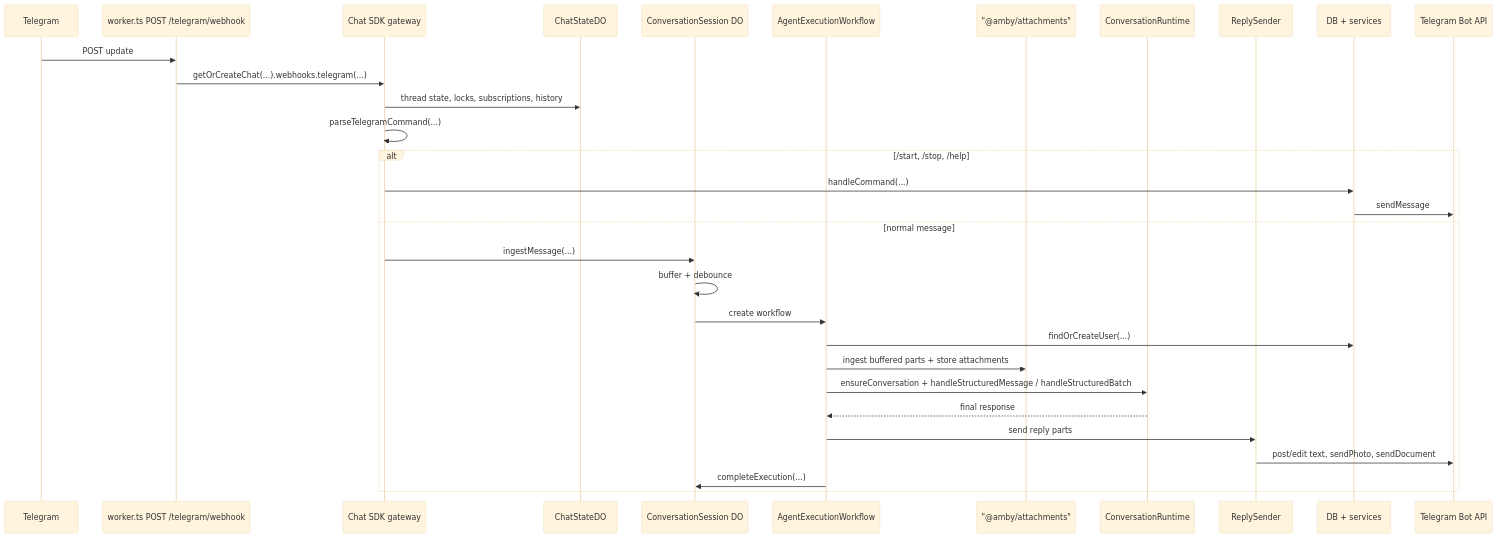
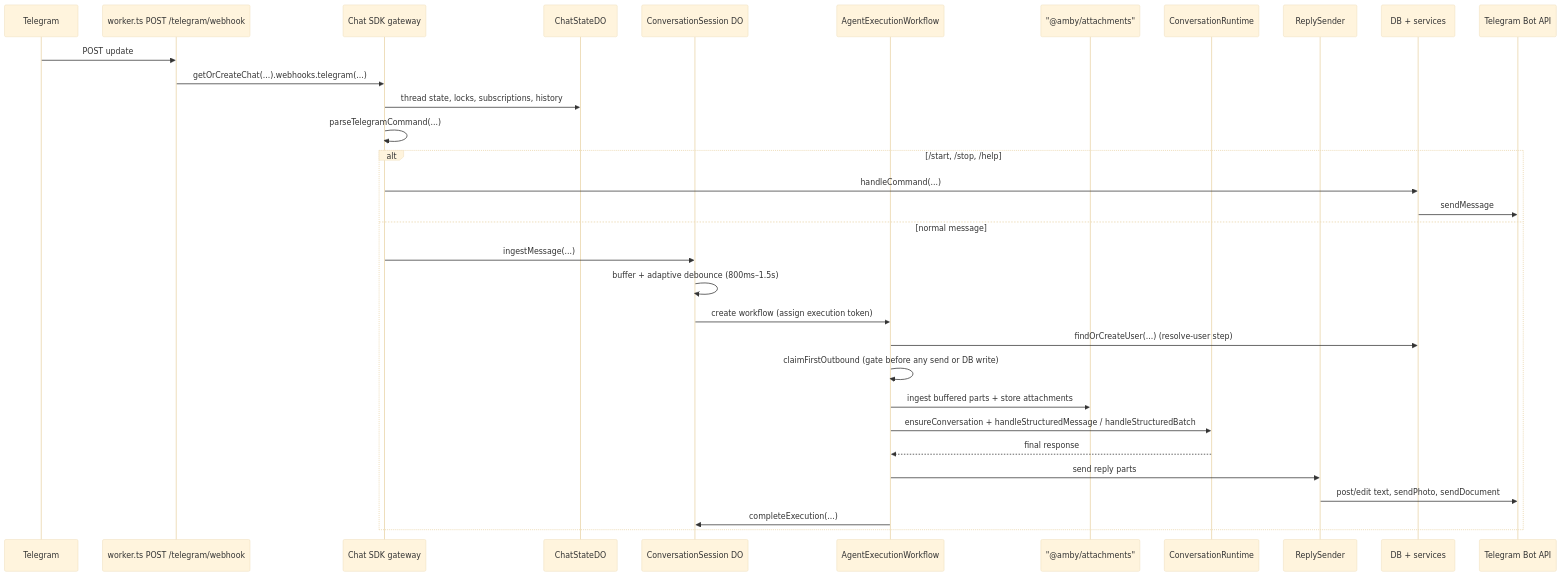
One commit to punitarani/amby changed the first of 4 diagrams in docs/channels/telegram.md. Above: the diagram before and after it, drawn with Mermaid (base theme). The commit also changed other lines of this file and 27 other files, not shown here.

First line of the commit message:
Improve telegram conversation flow (#112)

````diff
--- a/docs/channels/telegram.md
+++ b/docs/channels/telegram.md
@@ -47,35 +47,36 @@
 ```mermaid
 sequenceDiagram
     participant TG as Telegram
     participant WH as worker.ts POST /telegram/webhook
     participant SDK as Chat SDK gateway
     participant State as ChatStateDO
     participant Sess as ConversationSession DO
     participant WF as AgentExecutionWorkflow
     participant Attach as "@amby/attachments"
     participant Agent as ConversationRuntime
     participant Send as ReplySender
     participant DB as DB + services
     participant API as Telegram Bot API
 
     TG->>WH: POST update
     WH->>SDK: getOrCreateChat(...).webhooks.telegram(...)
     SDK->>State: thread state, locks, subscriptions, history
     SDK->>SDK: parseTelegramCommand(...)
 
     alt /start, /stop, /help
         SDK->>DB: handleCommand(...)
         DB->>API: sendMessage
     else normal message
         SDK->>Sess: ingestMessage(...)
-        Sess->>Sess: buffer + debounce
-        Sess->>WF: create workflow
-        WF->>DB: findOrCreateUser(...)
+        Sess->>Sess: buffer + adaptive debounce (800ms–1.5s)
+        Sess->>WF: create workflow (assign execution token)
+        WF->>DB: findOrCreateUser(...) (resolve-user step)
+        WF->>WF: claimFirstOutbound (gate before any send or DB write)
         WF->>Attach: ingest buffered parts + store attachments
         WF->>Agent: ensureConversation + handleStructuredMessage / handleStructuredBatch
         Agent-->>WF: final response
         WF->>Send: send reply parts
         Send->>API: post/edit text, sendPhoto, sendDocument
         WF->>Sess: completeExecution(...)
     end
 ```
````
